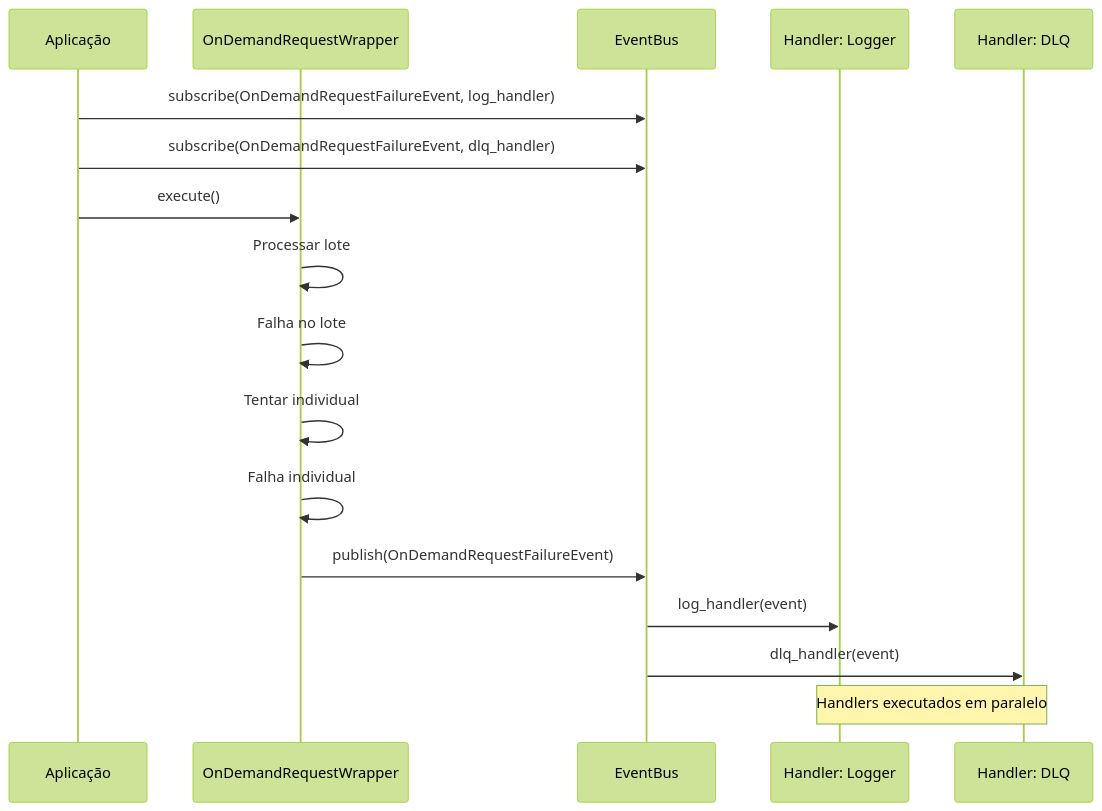
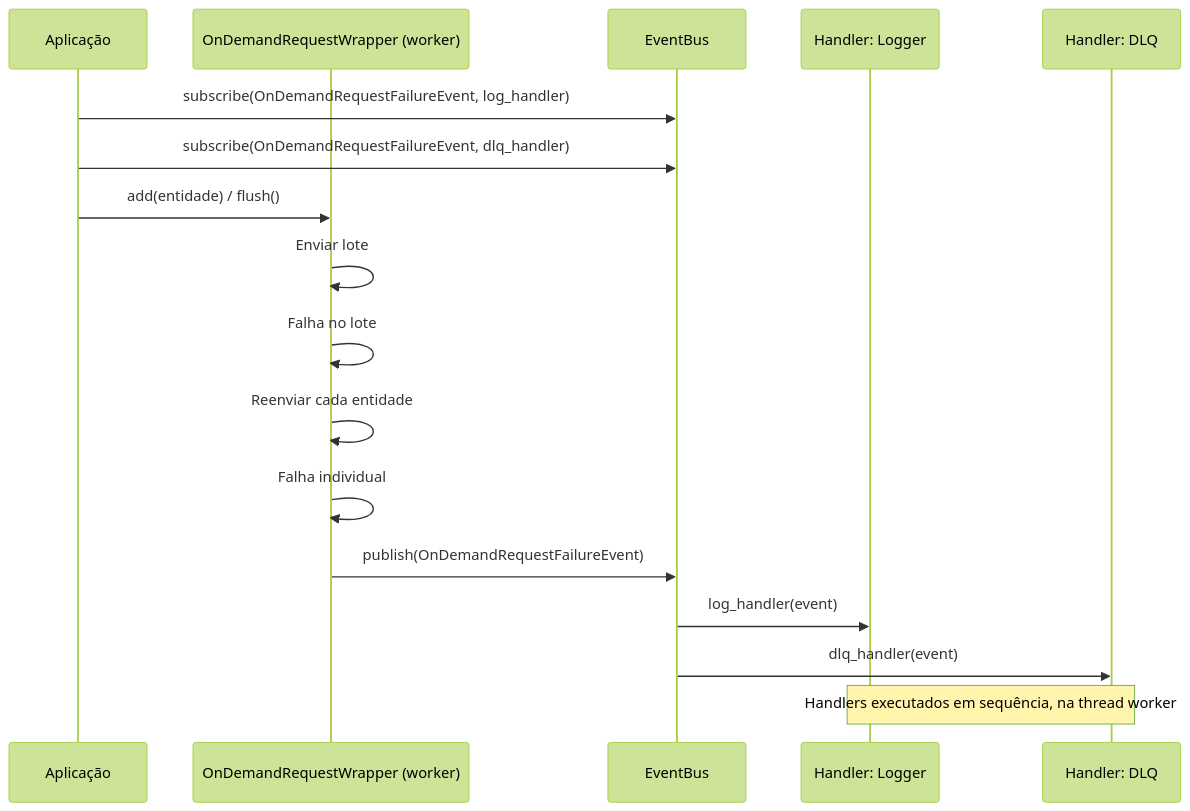
The diagram in docs/api-reference/events.md (ssmvictor/Sankhya-SDK-python), drawn with Mermaid (forest theme) before and after one commit. The commit also changed other lines of this file and 1 other file, not shown here.

````diff
--- a/docs/api-reference/events.md
+++ b/docs/api-reference/events.md
@@ -261,23 +303,23 @@
 ```mermaid
 sequenceDiagram
     participant App as Aplicação
-    participant ODW as OnDemandRequestWrapper
+    participant ODW as OnDemandRequestWrapper (worker)
     participant EB as EventBus
     participant H1 as Handler: Logger
     participant H2 as Handler: DLQ
-    
+
     App->>EB: subscribe(OnDemandRequestFailureEvent, log_handler)
     App->>EB: subscribe(OnDemandRequestFailureEvent, dlq_handler)
-    
-    App->>ODW: execute()
-    ODW->>ODW: Processar lote
+
+    App->>ODW: add(entidade) / flush()
+    ODW->>ODW: Enviar lote
     ODW->>ODW: Falha no lote
-    ODW->>ODW: Tentar individual
+    ODW->>ODW: Reenviar cada entidade
     ODW->>ODW: Falha individual
-    
+
     ODW->>EB: publish(OnDemandRequestFailureEvent)
     EB->>H1: log_handler(event)
     EB->>H2: dlq_handler(event)
-    
-    Note over H1,H2: Handlers executados em paralelo
+
+    Note over H1,H2: Handlers executados em sequência, na thread worker
 ```
````
